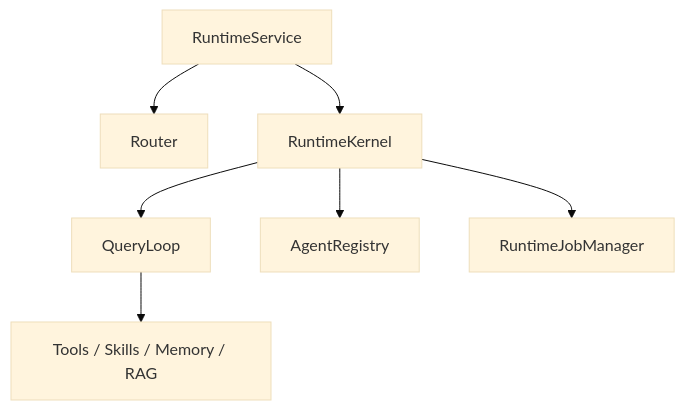
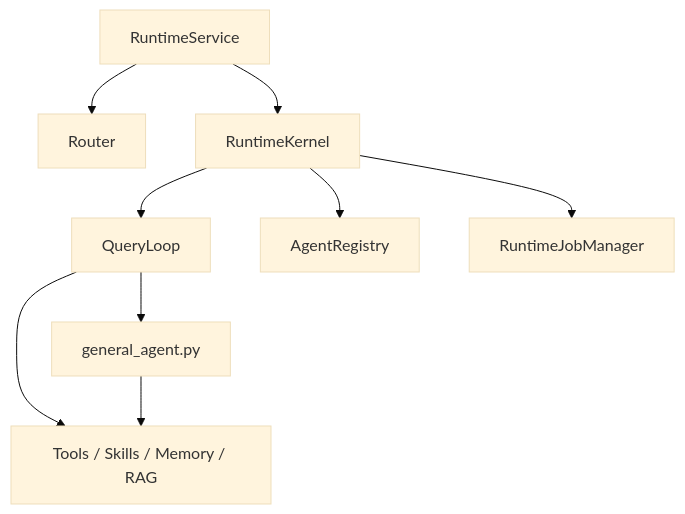
Before and after one commit to browntitan/rag_agent: the second of 2 diagrams in docs/C4_ARCHITECTURE.md, drawn with Mermaid (base theme). The commit also changed other lines of this file and 1109 other files, not shown here.

````diff
--- a/docs/C4_ARCHITECTURE.md
+++ b/docs/C4_ARCHITECTURE.md
@@ -22,17 +22,20 @@
 ```mermaid
 flowchart TD
     service["RuntimeService"]
     router["Router"]
     kernel["RuntimeKernel"]
     loop["QueryLoop"]
+    react["general_agent.py"]
     registry["AgentRegistry"]
     jobs["RuntimeJobManager"]
     tools["Tools / Skills / Memory / RAG"]
 
     service --> router
     service --> kernel
     kernel --> registry
     kernel --> loop
     kernel --> jobs
+    loop --> react
     loop --> tools
+    react --> tools
 ```
````
